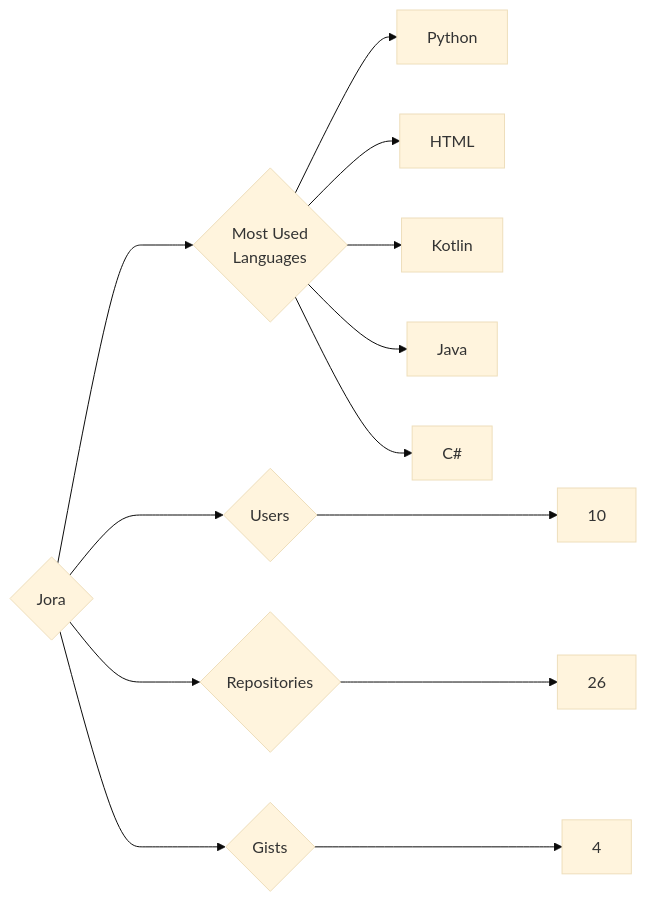
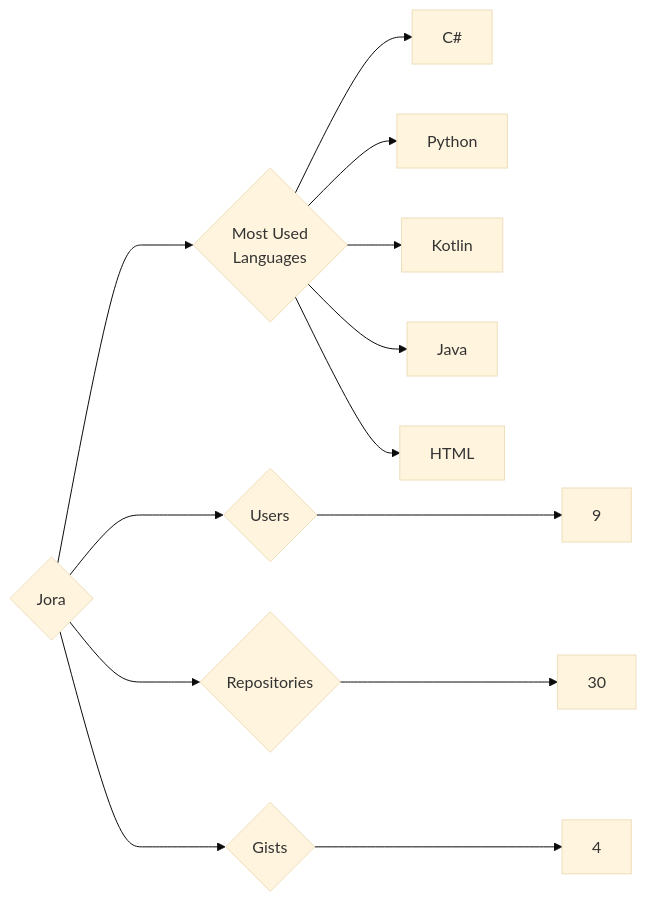
Before and after one commit to trickest/insiders: the diagram in targets/Jora/README.md, drawn with Mermaid (base theme). The commit also changed 782 other files, not shown here.

````diff
--- a/targets/Jora/README.md
+++ b/targets/Jora/README.md
@@ -3,13 +3,13 @@
 ```mermaid
 graph LR
 COMPANY_NAME{Jora}
-COMPANY_NAME ---> U{Users} ---> UN[10]
-COMPANY_NAME ---> R{Repositories} ---> RN[26]
+COMPANY_NAME ---> U{Users} ---> UN[9]
+COMPANY_NAME ---> R{Repositories} ---> RN[30]
 COMPANY_NAME ---> G{Gists} ---> GN[4]
 COMPANY_NAME ---> ML{Most Used<br>Languages}
+ML --> C#[C#]
 ML --> Python[Python]
-ML --> HTML[HTML]
 ML --> Kotlin[Kotlin]
 ML --> Java[Java]
-ML --> C#[C#]
+ML --> HTML[HTML]
 ```
````
